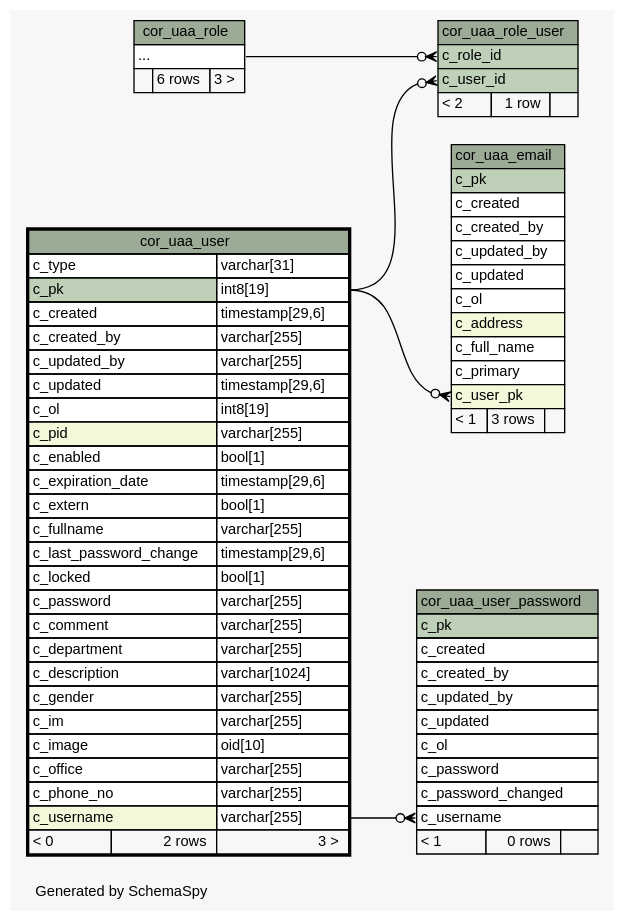
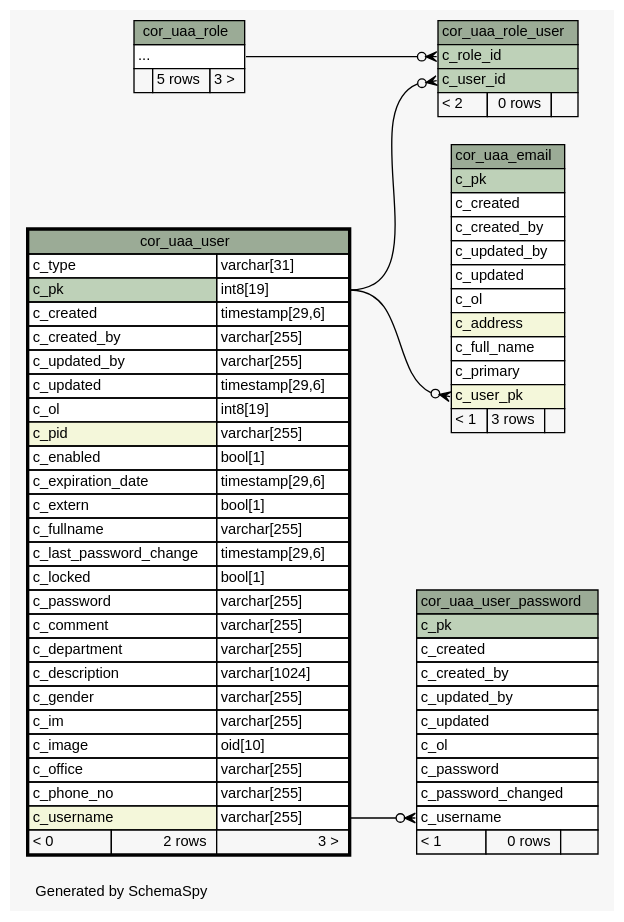
One commit to openwms/org.openwms.core.uaa changed the diagram in 2.0.0-SNAPSHOT/schemaspy/diagrams/cor_uaa_user.2degrees.dot. Above: the diagram before and after it, drawn with Graphviz. The commit also changed 424 other files, not shown here.

```diff
--- a/2.0.0-SNAPSHOT/schemaspy/diagrams/cor_uaa_user.2degrees.dot
+++ b/2.0.0-SNAPSHOT/schemaspy/diagrams/cor_uaa_user.2degrees.dot
@@ -1,117 +1,117 @@
 // dot 2.43.0 on Linux 5.15.0-1022-azure
 // SchemaSpy rev Unknown
 digraph "twoDegreesRelationshipsDiagram" {
   graph [
     rankdir="RL"
     bgcolor="#f7f7f7"
     label="\nGenerated by SchemaSpy"
     labeljust="l"
     nodesep="0.18"
     ranksep="0.46"
     fontname="Helvetica"
     fontsize="11"
   ];
   node [
     fontname="Helvetica"
     fontsize="11"
     shape="plaintext"
   ];
   edge [
     arrowsize="0.8"
   ];
   "cor_uaa_email":"c_user_pk":w -> "cor_uaa_user":"c_pk.type":e [arrowhead=none dir=back arrowtail=crowodot];
   "cor_uaa_role_user":"c_role_id":w -> "cor_uaa_role":"elipses":e [arrowhead=none dir=back arrowtail=crowodot];
   "cor_uaa_role_user":"c_user_id":w -> "cor_uaa_user":"c_pk.type":e [arrowhead=none dir=back arrowtail=crowodot];
   "cor_uaa_user_password":"c_username":w -> "cor_uaa_user":"c_username.type":e [arrowhead=none dir=back arrowtail=crowodot];
   "cor_uaa_email" [
     label=<
     <TABLE BORDER="0" CELLBORDER="1" CELLSPACING="0" BGCOLOR="#ffffff">
       <TR><TD COLSPAN="3" BGCOLOR="#9bab96" ALIGN="CENTER">cor_uaa_email</TD></TR>
       <TR><TD PORT="c_pk" COLSPAN="3" BGCOLOR="#bed1b8" ALIGN="LEFT">c_pk</TD></TR>
       <TR><TD PORT="c_created" COLSPAN="3" ALIGN="LEFT">c_created</TD></TR>
       <TR><TD PORT="c_created_by" COLSPAN="3" ALIGN="LEFT">c_created_by</TD></TR>
       <TR><TD PORT="c_updated_by" COLSPAN="3" ALIGN="LEFT">c_updated_by</TD></TR>
       <TR><TD PORT="c_updated" COLSPAN="3" ALIGN="LEFT">c_updated</TD></TR>
       <TR><TD PORT="c_ol" COLSPAN="3" ALIGN="LEFT">c_ol</TD></TR>
       <TR><TD PORT="c_address" COLSPAN="3" BGCOLOR="#f4f7da" ALIGN="LEFT">c_address</TD></TR>
       <TR><TD PORT="c_full_name" COLSPAN="3" ALIGN="LEFT">c_full_name</TD></TR>
       <TR><TD PORT="c_primary" COLSPAN="3" ALIGN="LEFT">c_primary</TD></TR>
       <TR><TD PORT="c_user_pk" COLSPAN="3" BGCOLOR="#f4f7da" ALIGN="LEFT">c_user_pk</TD></TR>
       <TR><TD ALIGN="LEFT" BGCOLOR="#f7f7f7">&lt; 1</TD><TD ALIGN="RIGHT" BGCOLOR="#f7f7f7">3 rows</TD><TD ALIGN="RIGHT" BGCOLOR="#f7f7f7">  </TD></TR>
     </TABLE>>
     URL="cor_uaa_email.html"
     tooltip="cor_uaa_email"
   ];
   "cor_uaa_role" [
     label=<
     <TABLE BORDER="0" CELLBORDER="1" CELLSPACING="0" BGCOLOR="#ffffff">
       <TR><TD COLSPAN="3" BGCOLOR="#9bab96" ALIGN="CENTER">cor_uaa_role</TD></TR>
       <TR><TD PORT="elipses" COLSPAN="3" ALIGN="LEFT">...</TD></TR>
-      <TR><TD ALIGN="LEFT" BGCOLOR="#f7f7f7">  </TD><TD ALIGN="RIGHT" BGCOLOR="#f7f7f7">6 rows</TD><TD ALIGN="RIGHT" BGCOLOR="#f7f7f7">3 &gt;</TD></TR>
+      <TR><TD ALIGN="LEFT" BGCOLOR="#f7f7f7">  </TD><TD ALIGN="RIGHT" BGCOLOR="#f7f7f7">5 rows</TD><TD ALIGN="RIGHT" BGCOLOR="#f7f7f7">3 &gt;</TD></TR>
     </TABLE>>
     URL="cor_uaa_role.html"
     tooltip="cor_uaa_role"
   ];
   "cor_uaa_role_user" [
     label=<
     <TABLE BORDER="0" CELLBORDER="1" CELLSPACING="0" BGCOLOR="#ffffff">
       <TR><TD COLSPAN="3" BGCOLOR="#9bab96" ALIGN="CENTER">cor_uaa_role_user</TD></TR>
       <TR><TD PORT="c_role_id" COLSPAN="3" BGCOLOR="#bed1b8" ALIGN="LEFT">c_role_id</TD></TR>
       <TR><TD PORT="c_user_id" COLSPAN="3" BGCOLOR="#bed1b8" ALIGN="LEFT">c_user_id</TD></TR>
-      <TR><TD ALIGN="LEFT" BGCOLOR="#f7f7f7">&lt; 2</TD><TD ALIGN="RIGHT" BGCOLOR="#f7f7f7">1 row</TD><TD ALIGN="RIGHT" BGCOLOR="#f7f7f7">  </TD></TR>
+      <TR><TD ALIGN="LEFT" BGCOLOR="#f7f7f7">&lt; 2</TD><TD ALIGN="RIGHT" BGCOLOR="#f7f7f7">0 rows</TD><TD ALIGN="RIGHT" BGCOLOR="#f7f7f7">  </TD></TR>
     </TABLE>>
     URL="cor_uaa_role_user.html"
     tooltip="cor_uaa_role_user"
   ];
   "cor_uaa_user" [
     label=<
     <TABLE BORDER="2" CELLBORDER="1" CELLSPACING="0" BGCOLOR="#ffffff">
       <TR><TD COLSPAN="3" BGCOLOR="#9bab96" ALIGN="CENTER">cor_uaa_user</TD></TR>
       <TR><TD PORT="c_type" COLSPAN="2" ALIGN="LEFT">c_type</TD><TD PORT="c_type.type" ALIGN="LEFT">varchar[31]</TD></TR>
       <TR><TD PORT="c_pk" COLSPAN="2" BGCOLOR="#bed1b8" ALIGN="LEFT">c_pk</TD><TD PORT="c_pk.type" ALIGN="LEFT">int8[19]</TD></TR>
       <TR><TD PORT="c_created" COLSPAN="2" ALIGN="LEFT">c_created</TD><TD PORT="c_created.type" ALIGN="LEFT">timestamp[29,6]</TD></TR>
       <TR><TD PORT="c_created_by" COLSPAN="2" ALIGN="LEFT">c_created_by</TD><TD PORT="c_created_by.type" ALIGN="LEFT">varchar[255]</TD></TR>
       <TR><TD PORT="c_updated_by" COLSPAN="2" ALIGN="LEFT">c_updated_by</TD><TD PORT="c_updated_by.type" ALIGN="LEFT">varchar[255]</TD></TR>
       <TR><TD PORT="c_updated" COLSPAN="2" ALIGN="LEFT">c_updated</TD><TD PORT="c_updated.type" ALIGN="LEFT">timestamp[29,6]</TD></TR>
       <TR><TD PORT="c_ol" COLSPAN="2" ALIGN="LEFT">c_ol</TD><TD PORT="c_ol.type" ALIGN="LEFT">int8[19]</TD></TR>
       <TR><TD PORT="c_pid" COLSPAN="2" BGCOLOR="#f4f7da" ALIGN="LEFT">c_pid</TD><TD PORT="c_pid.type" ALIGN="LEFT">varchar[255]</TD></TR>
       <TR><TD PORT="c_enabled" COLSPAN="2" ALIGN="LEFT">c_enabled</TD><TD PORT="c_enabled.type" ALIGN="LEFT">bool[1]</TD></TR>
       <TR><TD PORT="c_expiration_date" COLSPAN="2" ALIGN="LEFT">c_expiration_date</TD><TD PORT="c_expiration_date.type" ALIGN="LEFT">timestamp[29,6]</TD></TR>
       <TR><TD PORT="c_extern" COLSPAN="2" ALIGN="LEFT">c_extern</TD><TD PORT="c_extern.type" ALIGN="LEFT">bool[1]</TD></TR>
       <TR><TD PORT="c_fullname" COLSPAN="2" ALIGN="LEFT">c_fullname</TD><TD PORT="c_fullname.type" ALIGN="LEFT">varchar[255]</TD></TR>
       <TR><TD PORT="c_last_password_change" COLSPAN="2" ALIGN="LEFT">c_last_password_change</TD><TD PORT="c_last_password_change.type" ALIGN="LEFT">timestamp[29,6]</TD></TR>
       <TR><TD PORT="c_locked" COLSPAN="2" ALIGN="LEFT">c_locked</TD><TD PORT="c_locked.type" ALIGN="LEFT">bool[1]</TD></TR>
       <TR><TD PORT="c_password" COLSPAN="2" ALIGN="LEFT">c_password</TD><TD PORT="c_password.type" ALIGN="LEFT">varchar[255]</TD></TR>
       <TR><TD PORT="c_comment" COLSPAN="2" ALIGN="LEFT">c_comment</TD><TD PORT="c_comment.type" ALIGN="LEFT">varchar[255]</TD></TR>
       <TR><TD PORT="c_department" COLSPAN="2" ALIGN="LEFT">c_department</TD><TD PORT="c_department.type" ALIGN="LEFT">varchar[255]</TD></TR>
       <TR><TD PORT="c_description" COLSPAN="2" ALIGN="LEFT">c_description</TD><TD PORT="c_description.type" ALIGN="LEFT">varchar[1024]</TD></TR>
       <TR><TD PORT="c_gender" COLSPAN="2" ALIGN="LEFT">c_gender</TD><TD PORT="c_gender.type" ALIGN="LEFT">varchar[255]</TD></TR>
       <TR><TD PORT="c_im" COLSPAN="2" ALIGN="LEFT">c_im</TD><TD PORT="c_im.type" ALIGN="LEFT">varchar[255]</TD></TR>
       <TR><TD PORT="c_image" COLSPAN="2" ALIGN="LEFT">c_image</TD><TD PORT="c_image.type" ALIGN="LEFT">oid[10]</TD></TR>
       <TR><TD PORT="c_office" COLSPAN="2" ALIGN="LEFT">c_office</TD><TD PORT="c_office.type" ALIGN="LEFT">varchar[255]</TD></TR>
       <TR><TD PORT="c_phone_no" COLSPAN="2" ALIGN="LEFT">c_phone_no</TD><TD PORT="c_phone_no.type" ALIGN="LEFT">varchar[255]</TD></TR>
       <TR><TD PORT="c_username" COLSPAN="2" BGCOLOR="#f4f7da" ALIGN="LEFT">c_username</TD><TD PORT="c_username.type" ALIGN="LEFT">varchar[255]</TD></TR>
       <TR><TD ALIGN="LEFT" BGCOLOR="#f7f7f7">&lt; 0</TD><TD ALIGN="RIGHT" BGCOLOR="#f7f7f7">2 rows</TD><TD ALIGN="RIGHT" BGCOLOR="#f7f7f7">3 &gt;</TD></TR>
     </TABLE>>
     URL="cor_uaa_user.html"
     tooltip="cor_uaa_user"
   ];
   "cor_uaa_user_password" [
     label=<
     <TABLE BORDER="0" CELLBORDER="1" CELLSPACING="0" BGCOLOR="#ffffff">
       <TR><TD COLSPAN="3" BGCOLOR="#9bab96" ALIGN="CENTER">cor_uaa_user_password</TD></TR>
       <TR><TD PORT="c_pk" COLSPAN="3" BGCOLOR="#bed1b8" ALIGN="LEFT">c_pk</TD></TR>
       <TR><TD PORT="c_created" COLSPAN="3" ALIGN="LEFT">c_created</TD></TR>
       <TR><TD PORT="c_created_by" COLSPAN="3" ALIGN="LEFT">c_created_by</TD></TR>
       <TR><TD PORT="c_updated_by" COLSPAN="3" ALIGN="LEFT">c_updated_by</TD></TR>
       <TR><TD PORT="c_updated" COLSPAN="3" ALIGN="LEFT">c_updated</TD></TR>
       <TR><TD PORT="c_ol" COLSPAN="3" ALIGN="LEFT">c_ol</TD></TR>
       <TR><TD PORT="c_password" COLSPAN="3" ALIGN="LEFT">c_password</TD></TR>
       <TR><TD PORT="c_password_changed" COLSPAN="3" ALIGN="LEFT">c_password_changed</TD></TR>
       <TR><TD PORT="c_username" COLSPAN="3" ALIGN="LEFT">c_username</TD></TR>
       <TR><TD ALIGN="LEFT" BGCOLOR="#f7f7f7">&lt; 1</TD><TD ALIGN="RIGHT" BGCOLOR="#f7f7f7">0 rows</TD><TD ALIGN="RIGHT" BGCOLOR="#f7f7f7">  </TD></TR>
     </TABLE>>
     URL="cor_uaa_user_password.html"
     tooltip="cor_uaa_user_password"
   ];
 }
```
